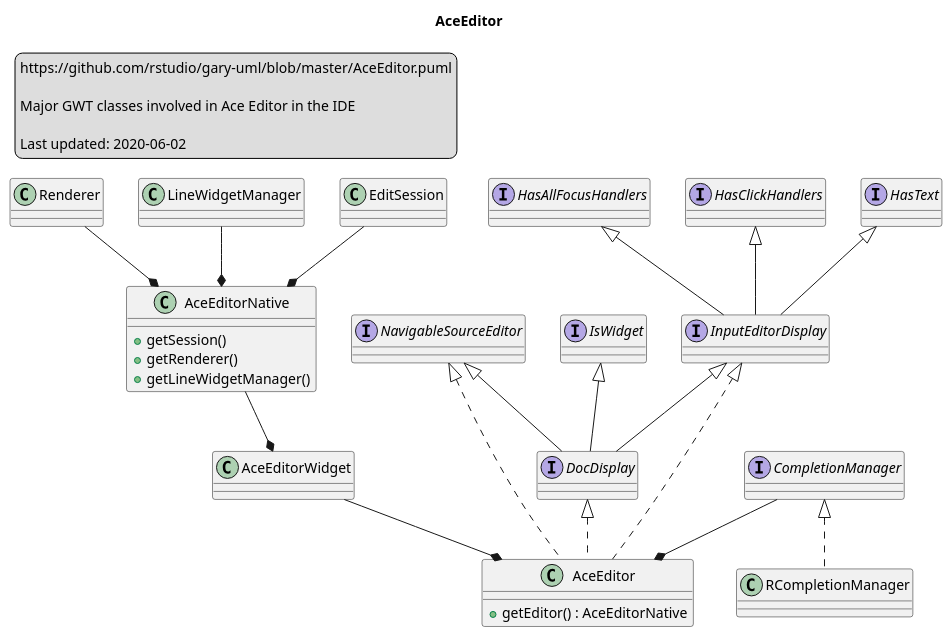
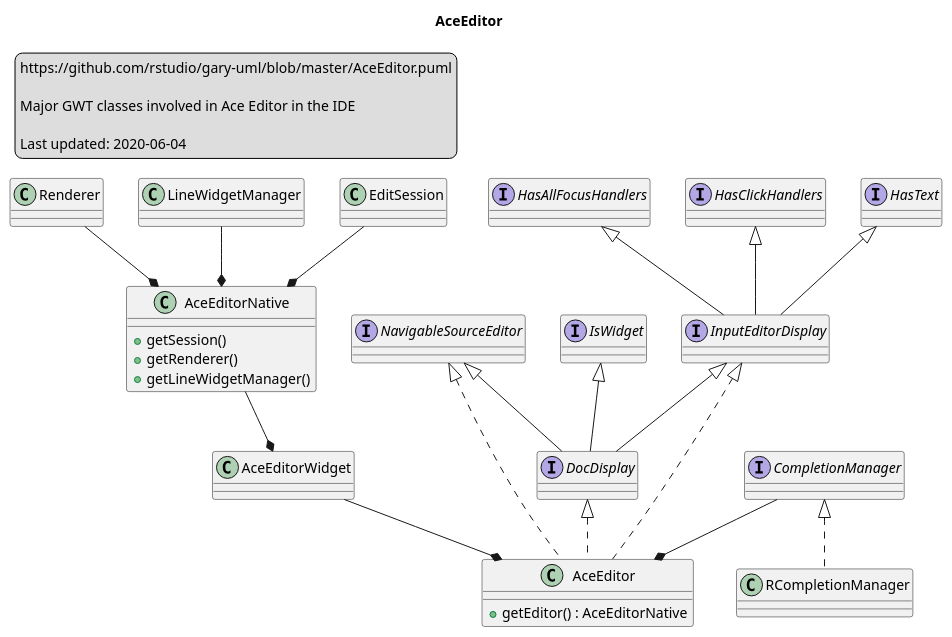
One commit to isabella232/gary-uml changed the diagram in AceEditor.puml. Above: the diagram before and after it, drawn with PlantUML. The commit also changed 6 other files, not shown here.

```diff
--- a/AceEditor.puml
+++ b/AceEditor.puml
@@ -1,62 +1,62 @@
 @startuml
 title AceEditor
 
 legend top left
 https://github.com/rstudio/gary-uml/blob/master/AceEditor.puml
 
 Major GWT classes involved in Ace Editor in the IDE
 
-Last updated: 2020-06-02
+Last updated: 2020-06-04
 endlegend
 
 class Renderer {
 }
 
 class LineWidgetManager {
 }
 
 class AceEditorNative {
     +getSession()
     +getRenderer()
     +getLineWidgetManager()
 }
 EditSession --* AceEditorNative
 Renderer --* AceEditorNative
 LineWidgetManager --* AceEditorNative
 
 interface HasAllFocusHandlers
 interface HasClickHandlers
 interface HasText
 interface InputEditorDisplay
 
 HasAllFocusHandlers <|-- InputEditorDisplay
 HasClickHandlers <|-- InputEditorDisplay
 HasText <|-- InputEditorDisplay
 
 interface DocDisplay
 interface NavigableSourceEditor
 interface IsWidget
 
 InputEditorDisplay <|-- DocDisplay
 NavigableSourceEditor <|-- DocDisplay
 IsWidget <|-- DocDisplay
 
 interface CompletionManager
 
 class AceEditor {
    + getEditor() : AceEditorNative
 }
 DocDisplay <|.. AceEditor
 InputEditorDisplay <|.. AceEditor
 NavigableSourceEditor <|.. AceEditor
 
 class AceEditorWidget
 
 CompletionManager --* AceEditor
 AceEditorWidget --* AceEditor
 AceEditorNative --* AceEditorWidget
 
 class RCompletionManager {
 }
 CompletionManager <|.. RCompletionManager
 @enduml
```
